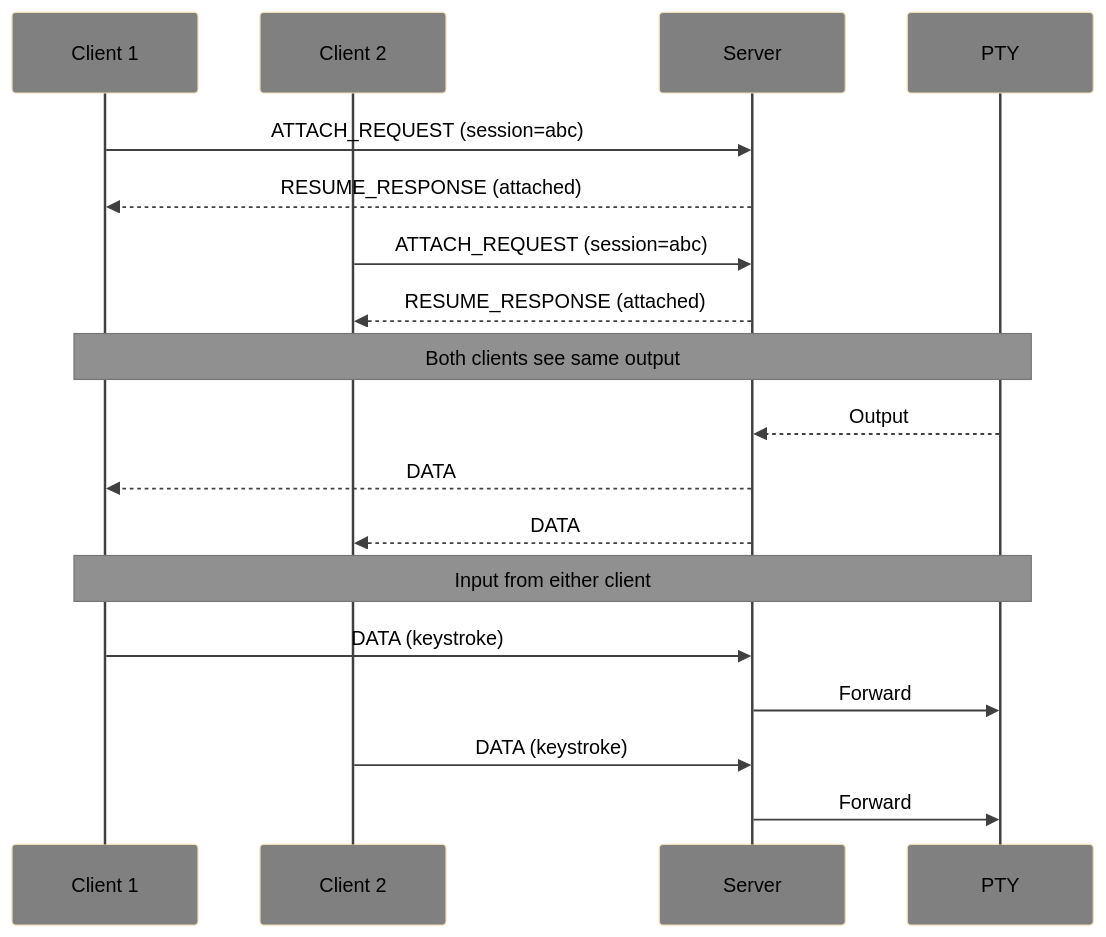
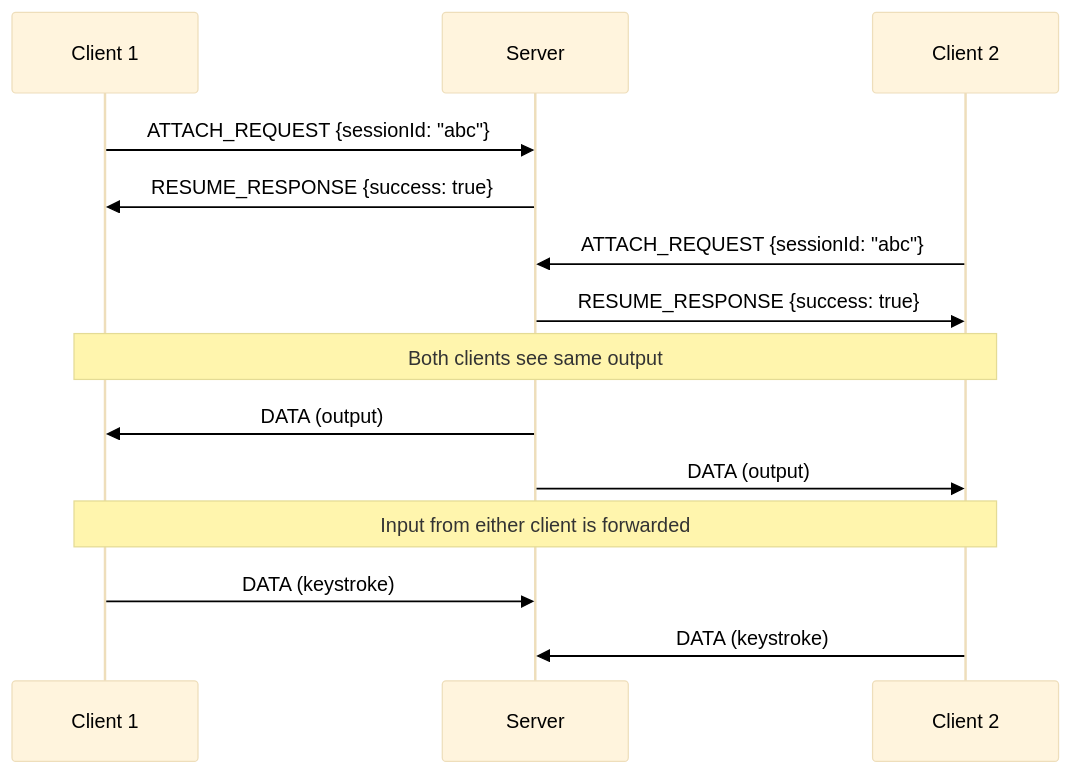
Before and after one commit to deftai/xumux: the second of 3 diagrams in docs/ext-session-persistence.md, drawn with Mermaid. The commit also changed other lines of this file and 6 other files, not shown here.

````diff
--- a/docs/ext-session-persistence.md
+++ b/docs/ext-session-persistence.md
@@ -123,26 +138,21 @@
 ```mermaid
-%%{init: {'theme': 'base', 'themeVariables': {'primaryTextColor': '#000000', 'secondaryTextColor': '#000000', 'tertiaryTextColor': '#000000', 'noteBkgColor': '#909090', 'noteTextColor': '#000000', 'actorBkg': '#808080', 'actorTextColor': '#000000', 'actorLineColor': '#404040', 'signalColor': '#404040'}}}%%
+%%{init: {'theme': 'base', 'themeVariables': {'primaryTextColor': '#000', 'lineColor': '#333'}}}%%
 sequenceDiagram
     participant C1 as Client 1
+    participant S as Server
     participant C2 as Client 2
-    participant S as Server
-    participant PTY as PTY
 
-    C1->>S: ATTACH_REQUEST (session=abc)
-    S-->>C1: RESUME_RESPONSE (attached)
-    
-    C2->>S: ATTACH_REQUEST (session=abc)
-    S-->>C2: RESUME_RESPONSE (attached)
-    
-    Note over C1,PTY: Both clients see same output
-    PTY-->>S: Output
-    S-->>C1: DATA
-    S-->>C2: DATA
-    
-    Note over C1,PTY: Input from either client
+    C1->>S: ATTACH_REQUEST {sessionId: "abc"}
+    S->>C1: RESUME_RESPONSE {success: true}
+
+    C2->>S: ATTACH_REQUEST {sessionId: "abc"}
+    S->>C2: RESUME_RESPONSE {success: true}
+
+    Note over C1,C2: Both clients see same output
+    S->>C1: DATA (output)
+    S->>C2: DATA (output)
+
+    Note over C1,C2: Input from either client is forwarded
     C1->>S: DATA (keystroke)
-    S->>PTY: Forward
-    
     C2->>S: DATA (keystroke)
-    S->>PTY: Forward
 ```
````
